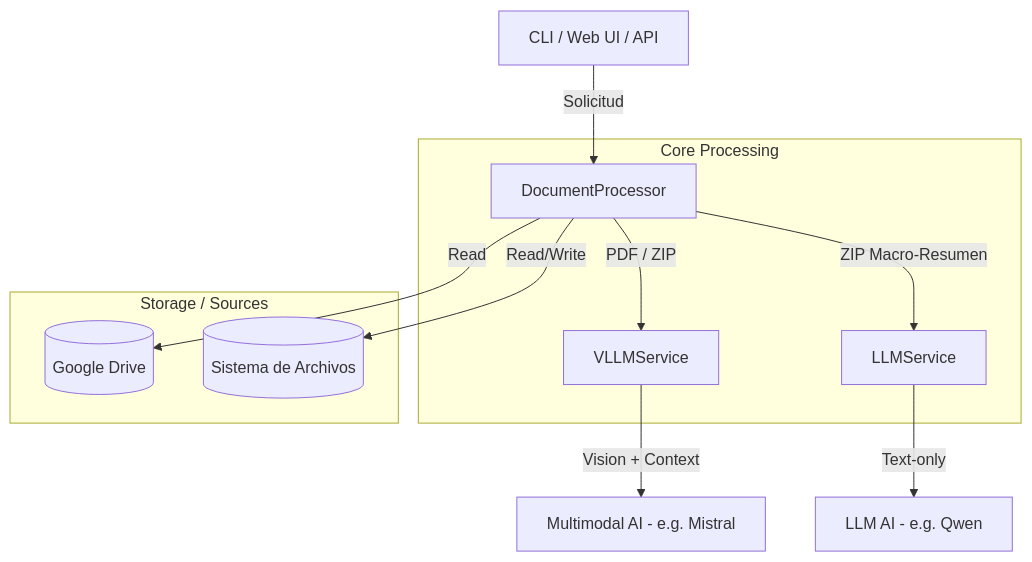
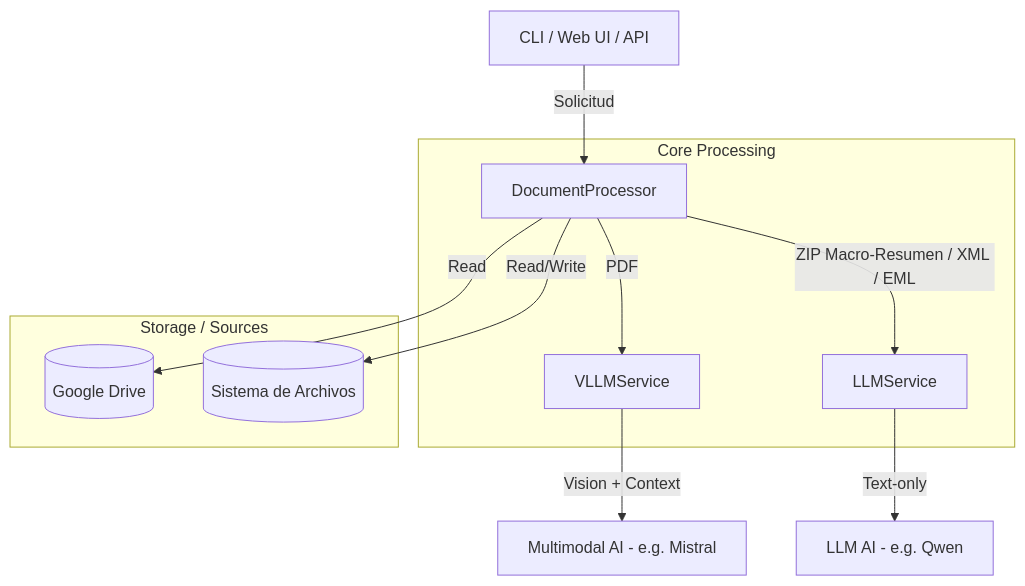
The diagram in README.md (alejandro-garnung-ctic/summarizer), drawn with Mermaid before and after one commit. The commit also changed other lines of this file and 6 other files, not shown here.

First line of the commit message:
- Enhance document processing capabilities by adding support for XML and EML file types.

````diff
--- a/README.md
+++ b/README.md
@@ -18,17 +20,17 @@
 ```mermaid
 graph TD
     Client[CLI / Web UI / API] -->|Solicitud| Processor[DocumentProcessor]
     
     subgraph "Core Processing"
-    Processor -->|PDF / ZIP| VLLM[VLLMService]
-    Processor -->|ZIP Macro-Resumen| LLM[LLMService]
+    Processor -->|PDF| VLLM[VLLMService]
+    Processor -->|ZIP Macro-Resumen / XML / EML| LLM[LLMService]
     end
     
     VLLM -->|Vision + Context| AI[Multimodal AI - e.g. Mistral]
     LLM -->|Text-only| AI_Text[LLM AI - e.g. Qwen]
     
     subgraph "Storage / Sources"
     Processor -->|Read| GDrive[(Google Drive)]
     Processor -->|Read/Write| Local[(Sistema de Archivos)]
     end
 ```
````
